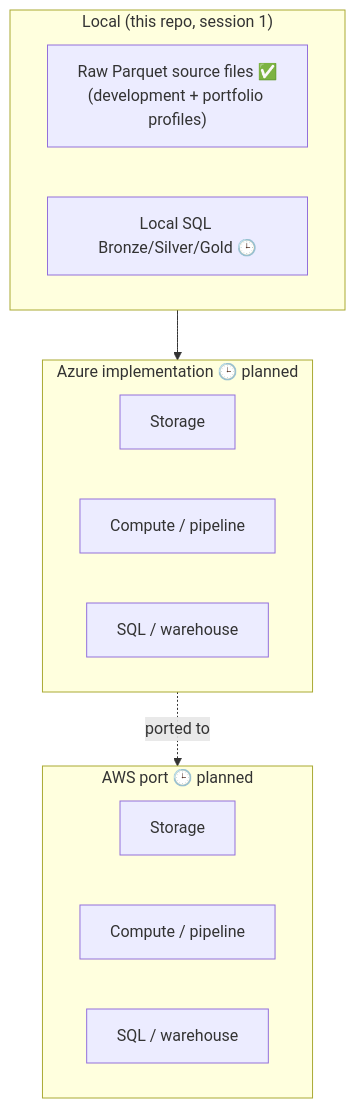
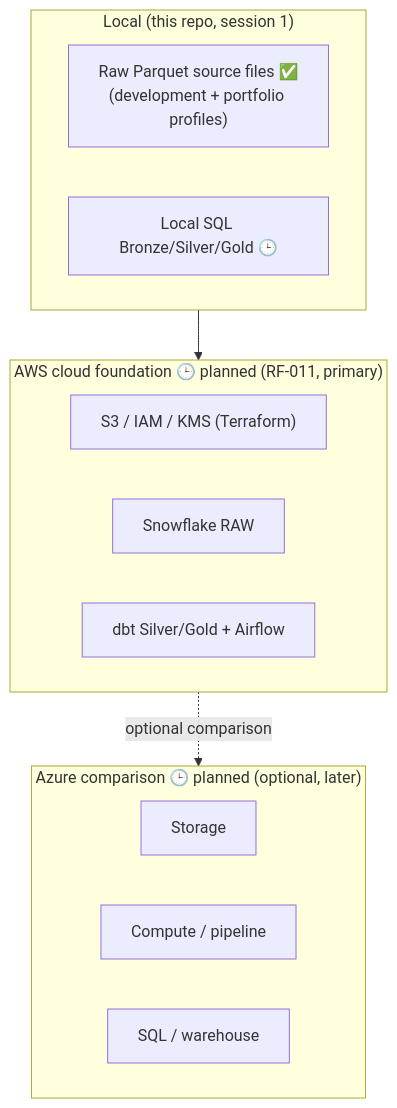
The second of 3 diagrams in docs/architecture.md (nainpatel028/RetailFlow-Cloud-AI-Data-Platform), drawn with Mermaid before and after one commit. The commit also changed other lines of this file and 9 other files, not shown here.

Commit message:
docs(architecture): pivot platform implementation to AWS first

````diff
--- a/docs/architecture.md
+++ b/docs/architecture.md
@@ -28,22 +28,22 @@
 ```mermaid
 flowchart TB
     subgraph Local["Local (this repo, session 1)"]
         L1["Raw Parquet source files ✅<br/>(development + portfolio profiles)"]
         L2["Local SQL Bronze/Silver/Gold 🕒"]
     end
 
-    subgraph AzureImpl["Azure implementation 🕒 planned"]
+    subgraph AWSImpl["AWS cloud foundation 🕒 planned (RF-011, primary)"]
+        AW1["S3 / IAM / KMS (Terraform)"]
+        AW2["Snowflake RAW"]
+        AW3["dbt Silver/Gold + Airflow"]
+    end
+
+    subgraph AzureImpl["Azure comparison 🕒 planned (optional, later)"]
         AZ1["Storage"]
         AZ2["Compute / pipeline"]
         AZ3["SQL / warehouse"]
     end
 
-    subgraph AWSImpl["AWS port 🕒 planned"]
-        AW1["Storage"]
-        AW2["Compute / pipeline"]
-        AW3["SQL / warehouse"]
-    end
-
-    Local --> AzureImpl
-    AzureImpl -. "ported to" .-> AWSImpl
+    Local --> AWSImpl
+    AWSImpl -. "optional comparison" .-> AzureImpl
 ```
````
